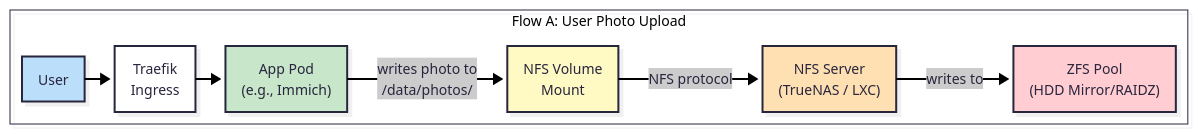
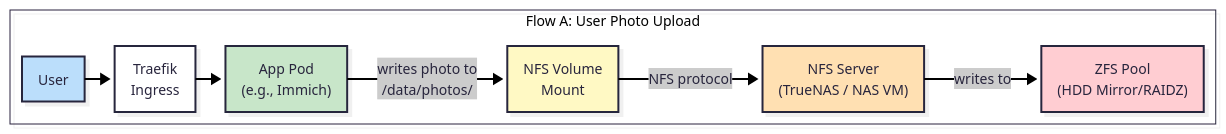
Before and after one commit to sinhaaritro/platform-stack: the first of 4 diagrams in docs/storage/ARCHITECTURE.md, drawn with Mermaid. The commit also changed other lines of this file and 3 other files, not shown here.

Commit message:
docs: replace interim NFS LXC with NAS VM oceanus and update documentation

````diff
--- a/docs/storage/ARCHITECTURE.md
+++ b/docs/storage/ARCHITECTURE.md
@@ -150,23 +150,23 @@
 ```mermaid
 ---
 config:
   theme: redux
   look: neo
   layout: elk
 ---
 flowchart LR
   subgraph Diagram["Flow A: User Photo Upload"]
     User["User"] --> Ingress["Traefik\nIngress"]
     Ingress --> AppPod["App Pod\n(e.g., Immich)"]
     AppPod -->|"writes photo to\n/data/photos/"| NFSMount["NFS Volume\nMount"]
-    NFSMount -->|"NFS protocol"| NFSServer["NFS Server\n(TrueNAS / LXC)"]
+    NFSMount -->|"NFS protocol"| NFSServer["NFS Server\n(TrueNAS / NAS VM)"]
     NFSServer -->|"writes to"| ZFSPool["ZFS Pool\n(HDD Mirror/RAIDZ)"]
   end
 
   style User fill:#BBDEFB
   style AppPod fill:#C8E6C9
   style NFSMount fill:#FFF9C4
   style NFSServer fill:#FFE0B2
   style ZFSPool fill:#FFCDD2
   style Diagram fill:transparent
 ```
````
